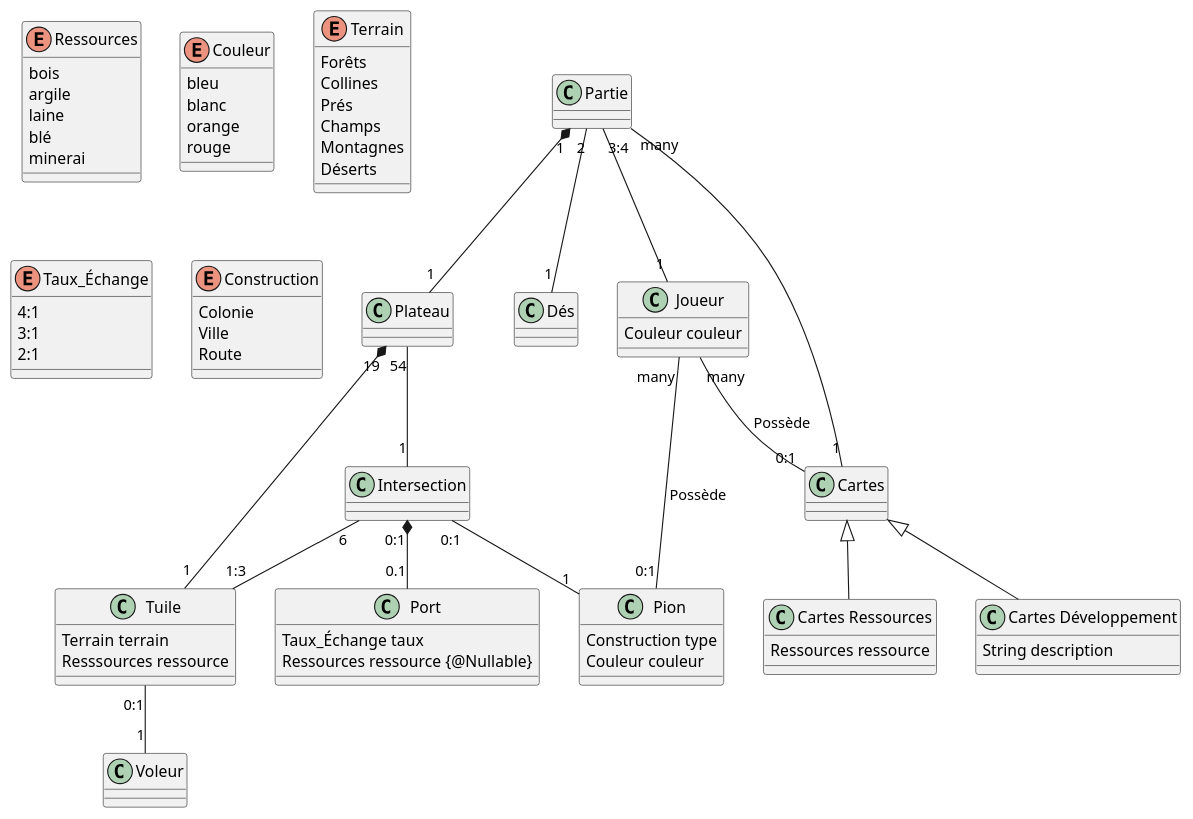
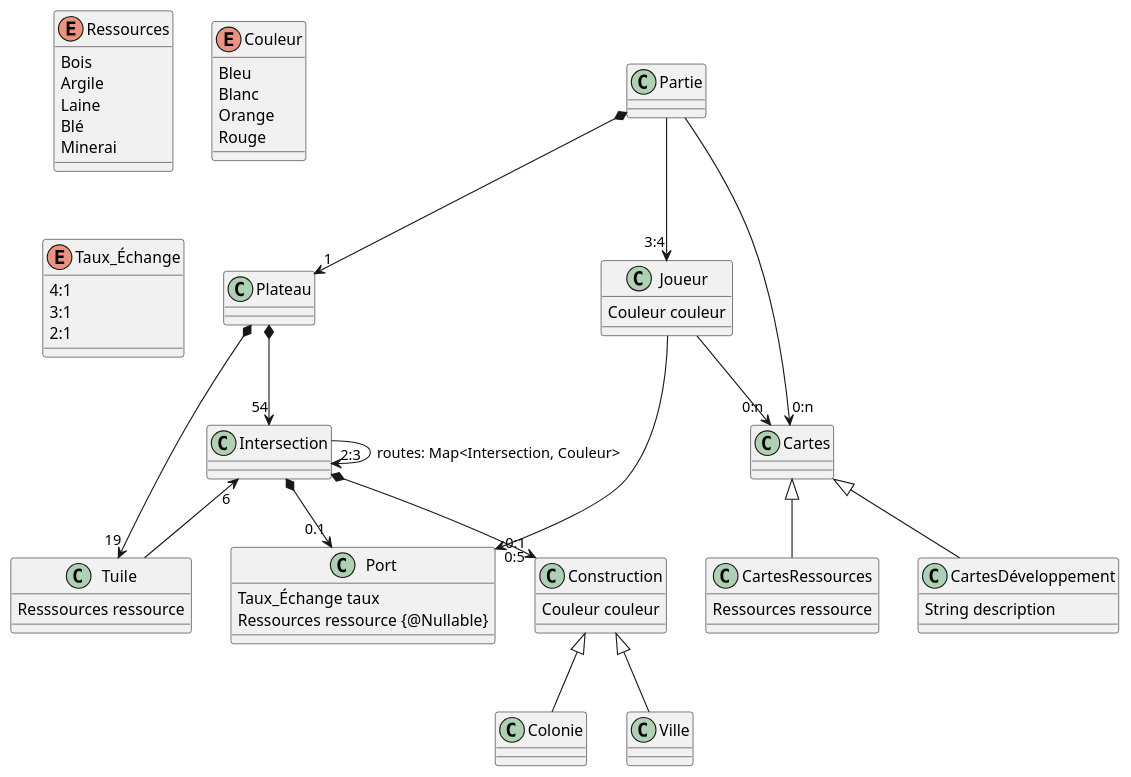
Before and after one commit to Lapin-Obez/colon_de_catane: the first of 3 diagrams in catan-doc/modules/analyse/pages/analyse.adoc, drawn with PlantUML.

Commit message:
Update class diagram

```diff
--- a/catan-doc/modules/analyse/pages/analyse.adoc
+++ b/catan-doc/modules/analyse/pages/analyse.adoc
@@ -22,29 +22,20 @@
 [plantuml]
 ....
 @startuml
+
 enum Ressources {
-bois
-argile
-laine
-blé
-minerai
+Bois
+Argile
+Laine
+Blé
+Minerai
 }
 
-
 enum Couleur {
-bleu
-blanc
-orange
-rouge
-}
-
-enum Terrain {
-Forêts
-Collines
-Prés
-Champs
-Montagnes
-Déserts
+Bleu
+Blanc
+Orange
+Rouge
 }
 
 enum Taux_Échange {
@@ -53,64 +44,59 @@
 2:1
 }
 
-enum Construction {
-Colonie
-Ville
-Route
-}
-
-
 class Partie
 class Plateau
+
 class Port{
 Taux_Échange taux
 Ressources ressource {@Nullable}
 }
+
 class Tuile{
-Terrain terrain
 Resssources ressource
 }
+
 class Intersection
-class Pion{
-Construction type
-Couleur couleur
-}
-class Voleur
-class Dés
 
 class Joueur{
 Couleur couleur
 }
 
 class Cartes
-class "Cartes Ressources"{
+class CartesRessources{
   Ressources ressource
 }
-class "Cartes Développement"{
+class CartesDéveloppement{
   String description
 }
 
+class Construction {
+  Couleur couleur
+}
+class Colonie
+class Ville
 
 
-Partie "1" *-- "1" Plateau
-Plateau "19" *-- "1" Tuile
-Plateau "54" -- "1" Intersection
+Partie *--> "1" Plateau
+Plateau *--> "19" Tuile
+Plateau *--> "54" Intersection
 
-Intersection "0:1" *-- "0.1" Port
+Construction <|-- Ville
+Construction <|-- Colonie
 
-Intersection "6" -- "1:3" Tuile
-Intersection "0:1" -- "1" Pion
-Tuile "0:1" -- "1" Voleur
+Intersection *--> "0:1" Construction
+Intersection --> "2:3" Intersection : routes: Map<Intersection, Couleur>
+Intersection "6" <-- Tuile
+Intersection *--> "0.1" Port
 
-Partie "2" -- "1"  Dés
-Partie "many" -- "1" Cartes
+Partie --> "0:n" Cartes
 
-Cartes <|-- "Cartes Ressources"
-Cartes <|-- "Cartes Développement"
+Cartes <|-- CartesRessources
+Cartes <|-- CartesDéveloppement
 
-Joueur "many" -- "0:1" Pion : Possède
+Partie --> "3:4" Joueur
+Joueur --> "0:n" Cartes
+Joueur --> "0:5" Port
 
-Partie "3:4" -- "1" Joueur
-Joueur "many" -- "0:1" Cartes : Possède
 @enduml
 ....
```
